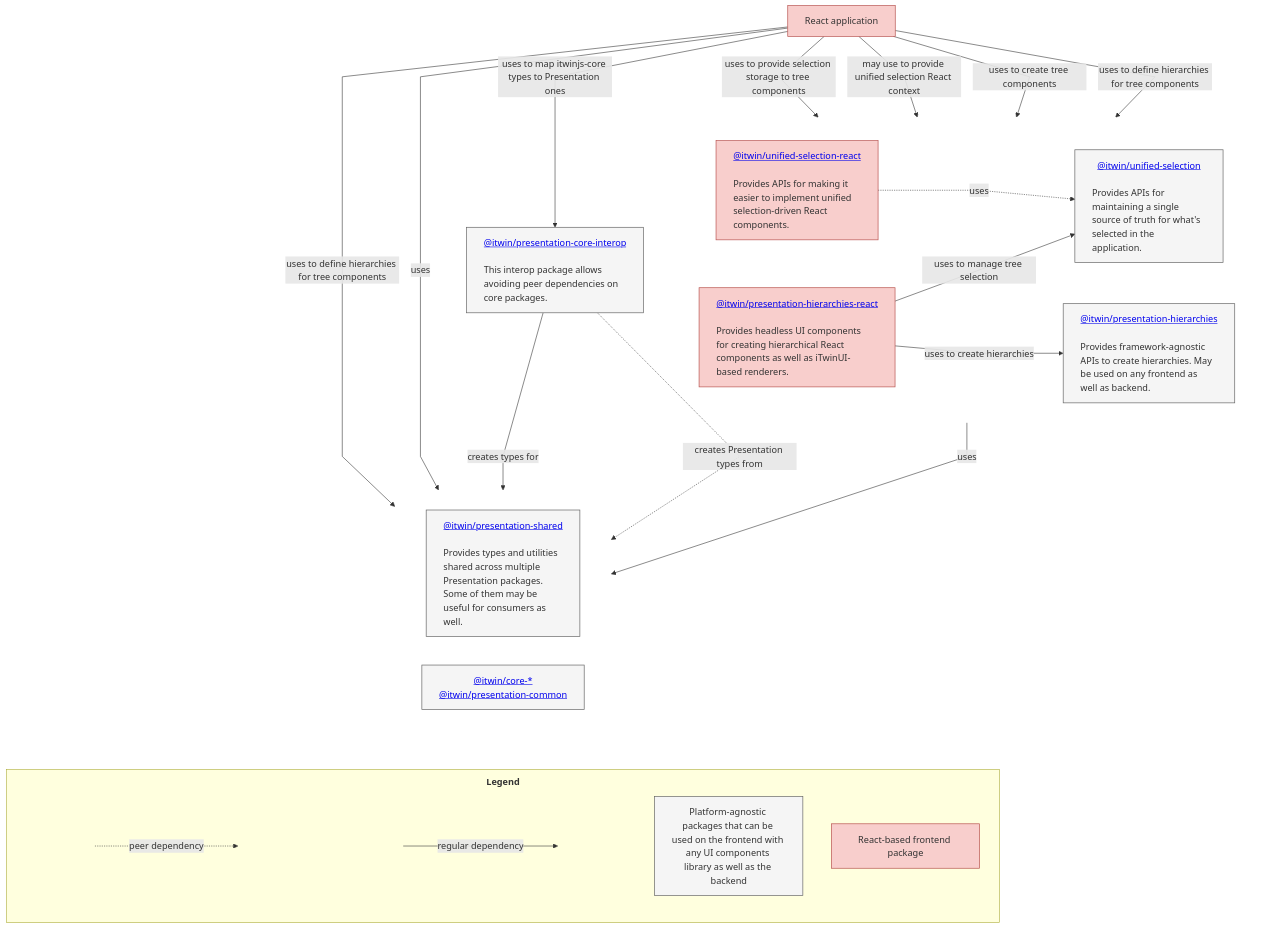
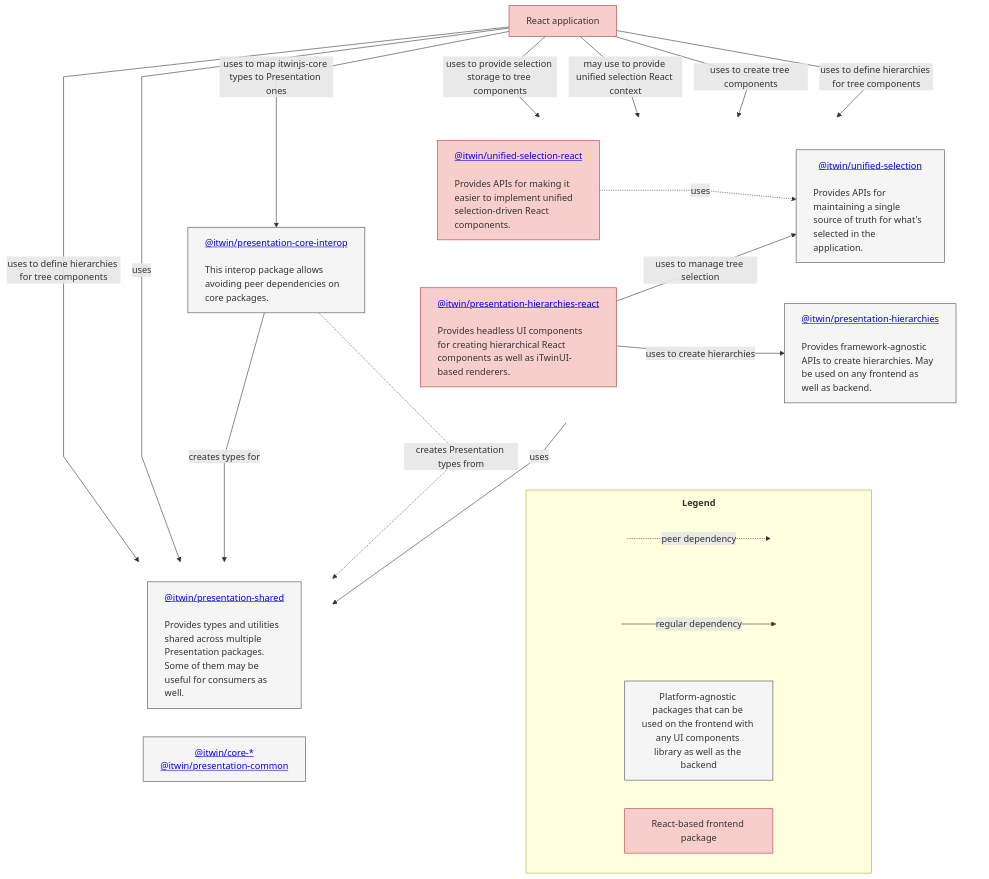
One commit to iTwin/presentation changed the diagram in README.md. Above: the diagram before and after it, drawn with Mermaid.

Commit message:
Make legend vertical

````diff
--- a/README.md
+++ b/README.md
@@ -59,69 +59,69 @@
 ```mermaid
 %%{init: {"flowchart": {"htmlLabels": true, "curve": "linear", "nodeSpacing": 50, "rankSpacing": 70}}}%%
 flowchart TB
   app["React application"]
 
   subgraph tier1[ ]
     direction LR
     pkgUnifiedSelection["<div style='text-align:center;white-space:nowrap;'><a href='./packages/unified-selection/README.md'>@itwin/unified-selection</a></div><br/><div style='text-align:left;font-weight:normal;'>Provides APIs for maintaining a single source of truth for what's selected in the application.</div>"]
     pkgUnifiedSelectionReact["<div style='text-align:center;white-space:nowrap;'><a href='./packages/unified-selection-react/README.md'>@itwin/unified-selection-react</a></div><br/><div style='text-align:left;font-weight:normal;'>Provides APIs for making it easier to implement unified selection-driven React components.</div>"]
     pkgHierarchiesReact["<div style='text-align:center;white-space:nowrap;'><a href='./packages/hierarchies-react/README.md'>@itwin/presentation-hierarchies-react</a></div><br/><div style='text-align:left;font-weight:normal;'>Provides headless UI components for creating hierarchical React components as well as iTwinUI-based renderers.</div>"]
     pkgHierarchies["<div style='text-align:center;white-space:nowrap;'><a href='./packages/hierarchies/README.md'>@itwin/presentation-hierarchies</a></div><br/><div style='text-align:left;font-weight:normal;'>Provides framework-agnostic APIs to create hierarchies. May be used on any frontend as well as backend.</div>"]
   end
 
   pkgCoreInterop["<div style='text-align:center;white-space:nowrap;'><a href='./packages/core-interop/README.md'>@itwin/presentation-core-interop</a></div><br/><div style='text-align:left;font-weight:normal;'>This interop package allows avoiding peer dependencies on core packages.</div>"]
 
   subgraph tier3[ ]
     direction LR
     pkgShared["<div style='text-align:center;white-space:nowrap;'><a href='./packages/shared/README.md'>@itwin/presentation-shared</a></div><br/><div style='text-align:left;font-weight:normal;'>Provides types and utilities shared across multiple Presentation packages. Some of them may be useful for consumers as well.</div>"]
     pkgCoreLegacy["<div style='text-align:center;white-space:nowrap;'><a href='https://www.itwinjs.org/learning/'>@itwin/core-*</a><br/><a href='https://www.npmjs.com/package/@itwin/presentation-common'>@itwin/presentation-common</a></div>"]
   end
 
   app -->|uses to provide selection storage to tree components| pkgUnifiedSelection
   app -->|may use to provide unified selection React context| pkgUnifiedSelectionReact
   app -->|uses to create tree components| pkgHierarchiesReact
   app -->|uses to define hierarchies for tree components| pkgHierarchies
   app -->|uses to define hierarchies for tree components| pkgShared
   app -->|uses to map itwinjs-core types to Presentation ones| pkgCoreInterop
   app -->|uses| pkgCoreLegacy
 
   pkgUnifiedSelectionReact -.->|uses| pkgUnifiedSelection
   pkgHierarchiesReact -->|uses to manage tree selection| pkgUnifiedSelection
   pkgHierarchiesReact -->|uses to create hierarchies| pkgHierarchies
   pkgHierarchies -->|uses| pkgShared
   pkgCoreInterop -->|creates types for| pkgShared
   pkgCoreInterop -.->|creates Presentation types from| pkgCoreLegacy
 
   subgraph Legend["<div style='font-weight: bold; padding: 10px'>Legend</div>"]
-    direction TB
+    direction LR
     lGray["Platform-agnostic packages that can be used on the frontend with any UI components library as well as the backend"]:::clsPlatformAgnosticPackageNode
     lRed["React-based frontend package"]:::clsReactPackageNode
 
     subgraph legendRegular[ ]
       direction LR
       legendN1[ ] -->|regular dependency| legendN2[ ]
     end
 
     subgraph legendPeer[ ]
       direction LR
       legendN3[ ] -.->|peer dependency| legendN4[ ]
     end
   end
 
-  tier3 ~~~ Legend
+  tier1 ~~~ Legend
 
   style tier1 fill:none,stroke:none
   style tier3 fill:none,stroke:none
   style legendRegular fill:none,stroke:none
   style legendPeer fill:none,stroke:none
   style legendN1 fill:none,stroke:none,color:none
   style legendN2 fill:none,stroke:none,color:none
   style legendN3 fill:none,stroke:none,color:none
   style legendN4 fill:none,stroke:none,color:none
 
   classDef clsReactPackageNode fill:#f8cecc,stroke:#b85450,color:#333333,stroke-width:1.2px;
   classDef clsPlatformAgnosticPackageNode fill:#f5f5f5,stroke:#666666,color:#333333,stroke-width:1.2px;
 
   class app,pkgHierarchiesReact,pkgUnifiedSelectionReact clsReactPackageNode;
   class pkgHierarchies,pkgUnifiedSelection,pkgCoreInterop,pkgShared,pkgCoreLegacy clsPlatformAgnosticPackageNode;
 ```
````
